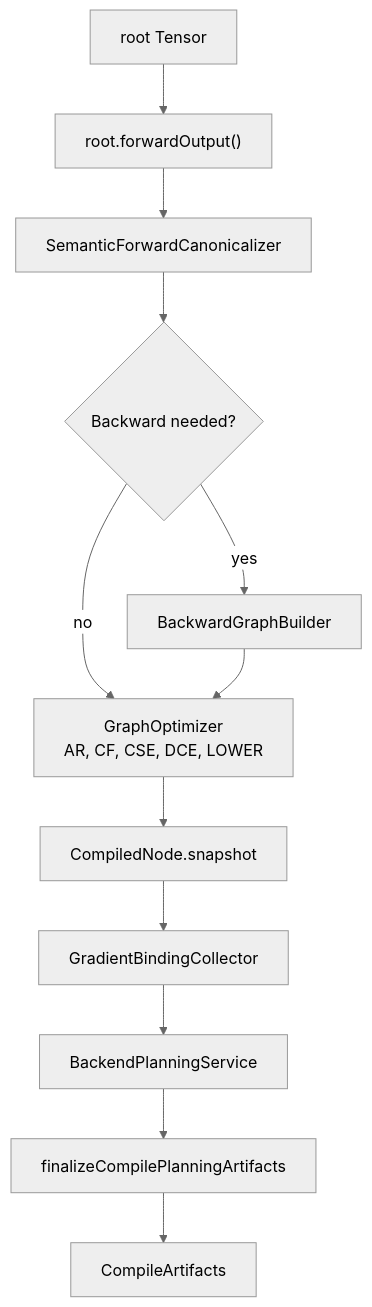
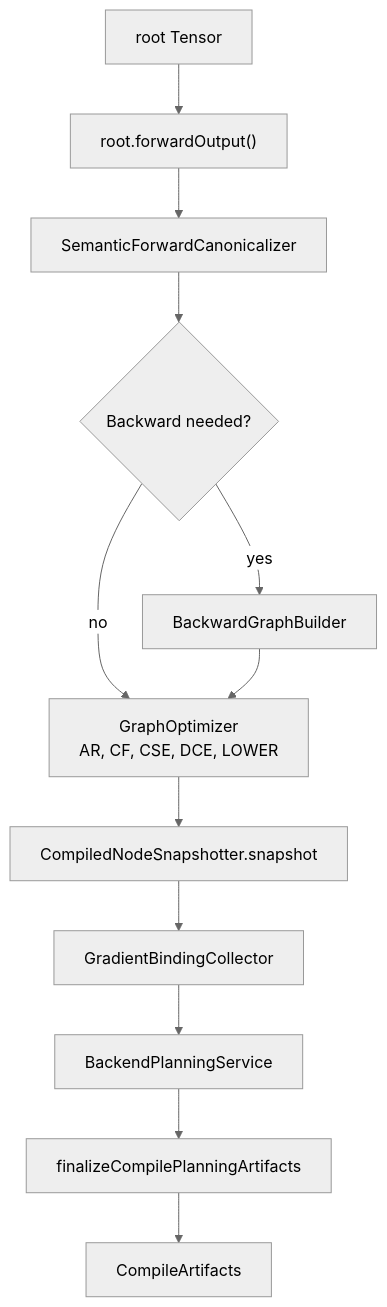
The fifth of 8 diagrams in docs/compute-flow.md (pho001/Synaptik), drawn with Mermaid (neutral theme) before and after one commit. The commit also changed 301 other files, not shown here.

Commit message:
refactor: isolate compiled graph model dependencies

````diff
--- a/docs/compute-flow.md
+++ b/docs/compute-flow.md
@@ -646,19 +646,19 @@
 ```mermaid
 flowchart TD
     Root["root Tensor"]
     Forward["root.forwardOutput()"]
     Canon["SemanticForwardCanonicalizer"]
     BackwardDecision{"Backward needed?"}
     Backward["BackwardGraphBuilder"]
     Optimizer["GraphOptimizer\nAR, CF, CSE, DCE, LOWER"]
-    Snapshot["CompiledNode.snapshot"]
+    Snapshot["CompiledNodeSnapshotter.snapshot"]
     Gradients["GradientBindingCollector"]
     Partition["BackendPlanningService"]
     LowerReady["finalizeCompilePlanningArtifacts"]
     Artifacts["CompileArtifacts"]
 
     Root --> Forward --> Canon --> BackwardDecision
     BackwardDecision -- no --> Optimizer
     BackwardDecision -- yes --> Backward --> Optimizer
     Optimizer --> Snapshot --> Gradients --> Partition --> LowerReady --> Artifacts
 ```
````
